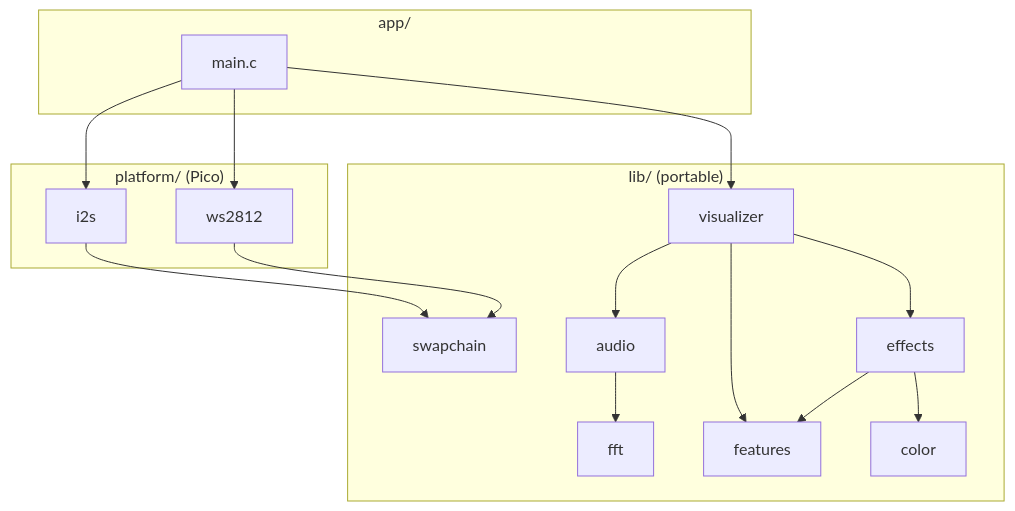
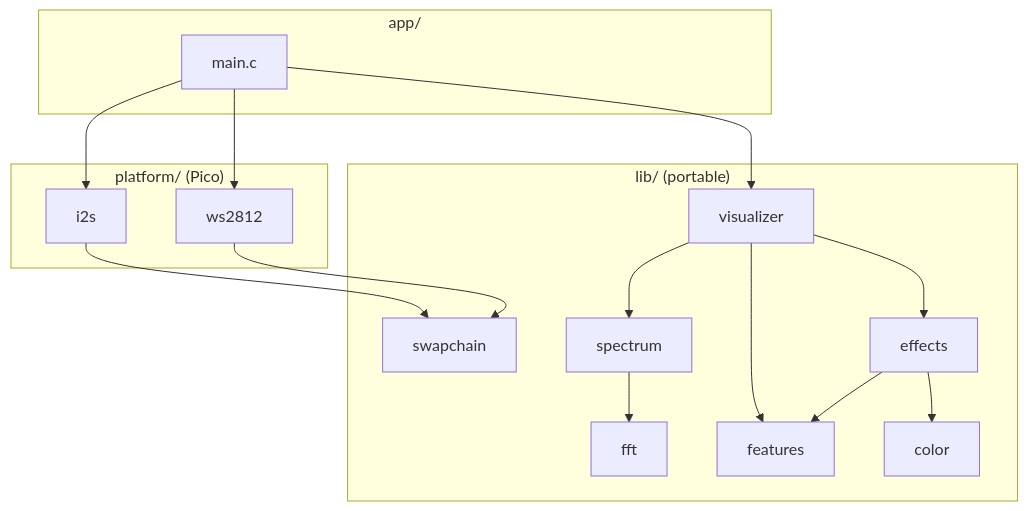
One commit to whyisitworking/light-painting changed the second of 2 diagrams in README.md. Above: the diagram before and after it, drawn with Mermaid. The commit also changed other lines of this file and 16 other files, not shown here.

````diff
--- a/README.md
+++ b/README.md
@@ -225,18 +225,18 @@
 ```mermaid
 flowchart TB
     subgraph app ["app/"]
         main["main.c"]
     end
     subgraph platform ["platform/ (Pico)"]
         i2s
         ws2812
     end
     subgraph lib ["lib/ (portable)"]
-        visualizer --> audio & features & effects
-        audio --> fft
+        visualizer --> spectrum & features & effects
+        spectrum --> fft
         effects --> features & color
         swapchain
     end
     main --> i2s & ws2812 & visualizer
     i2s & ws2812 --> swapchain
 ```
````
